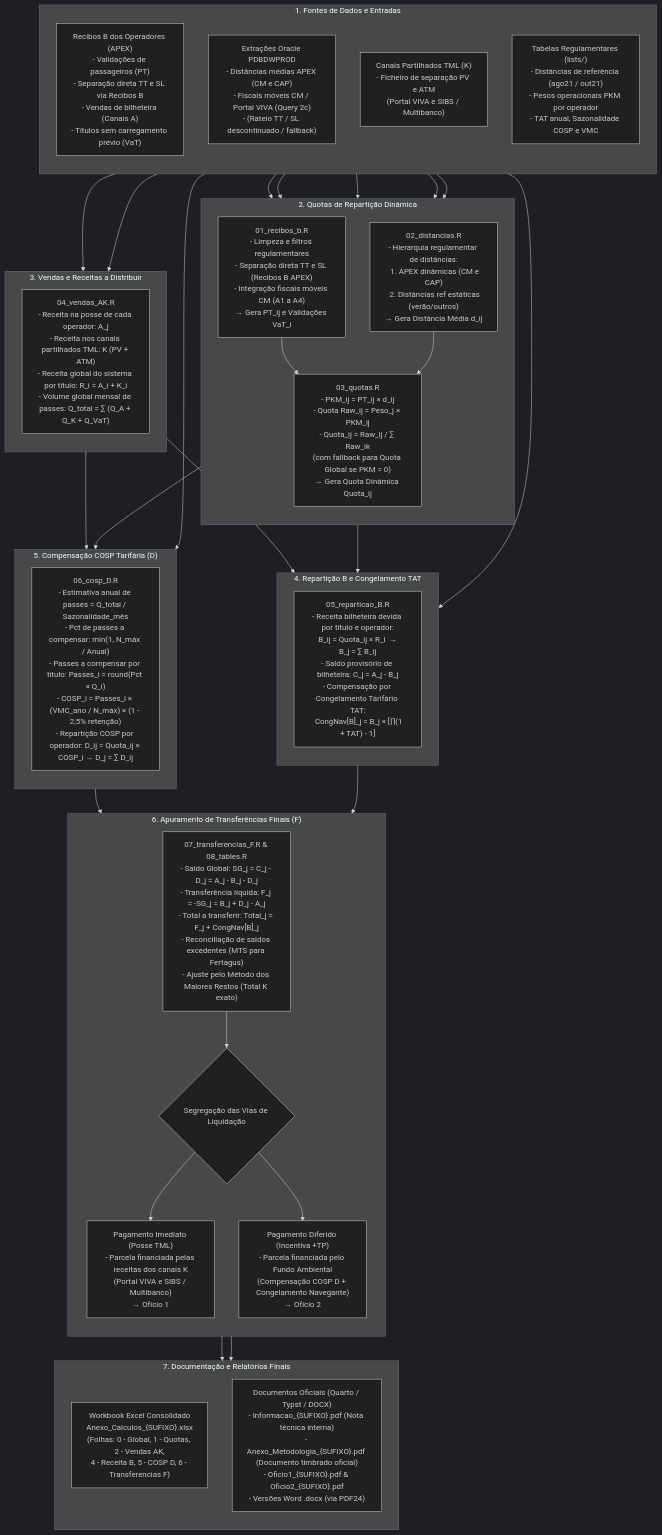
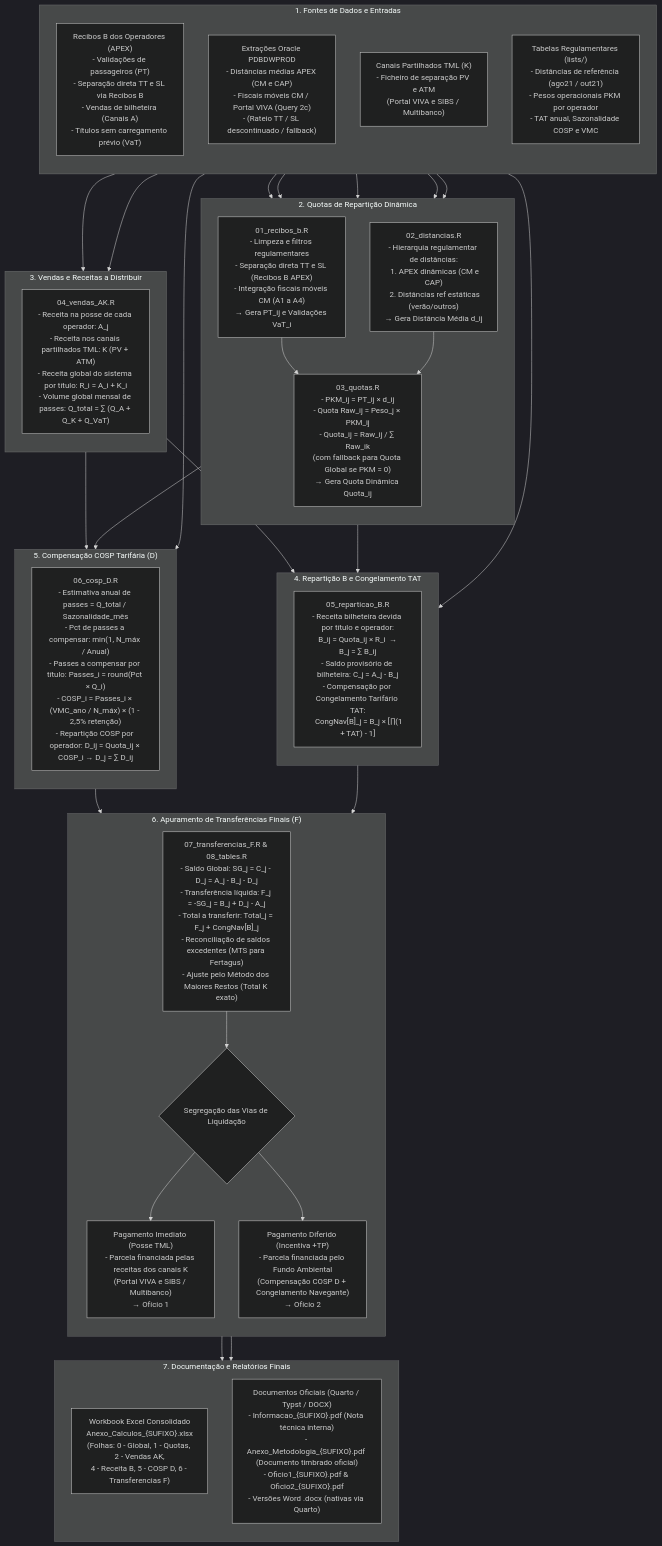
The diagram in code/procedure.md (tmlmobilidade/compensacoes-navegante), drawn with Mermaid (dark theme) before and after one commit. The commit also changed other lines of this file and 3 other files, not shown here.

```diff
--- a/code/procedure.md
+++ b/code/procedure.md
@@ -83,7 +83,7 @@
     subgraph OUT_STEP["7. Documentação e Relatórios Finais"]
         direction TB
         OUT_EXCEL["Workbook Excel Consolidado\nAnexo_Calculos_{SUFIXO}.xlsx\n(Folhas: 0 - Global, 1 - Quotas, 2 - Vendas AK,\n4 - Receita B, 5 - COSP D, 6 - Transferencias F)"]
-        OUT_REPORTS["Documentos Oficiais (Quarto / Typst / DOCX)\n- Informacao_{SUFIXO}.pdf (Nota técnica interna)\n- Anexo_Metodologia_{SUFIXO}.pdf (Documento timbrado oficial)\n- Oficio1_{SUFIXO}.pdf & Oficio2_{SUFIXO}.pdf\n- Versões Word .docx (via PDF24)"]
+        OUT_REPORTS["Documentos Oficiais (Quarto / Typst / DOCX)\n- Informacao_{SUFIXO}.pdf (Nota técnica interna)\n- Anexo_Metodologia_{SUFIXO}.pdf (Documento timbrado oficial)\n- Oficio1_{SUFIXO}.pdf & Oficio2_{SUFIXO}.pdf\n- Versões Word .docx (nativas via Quarto)"]
     end
 
     %% Ligações entre etapas
```
